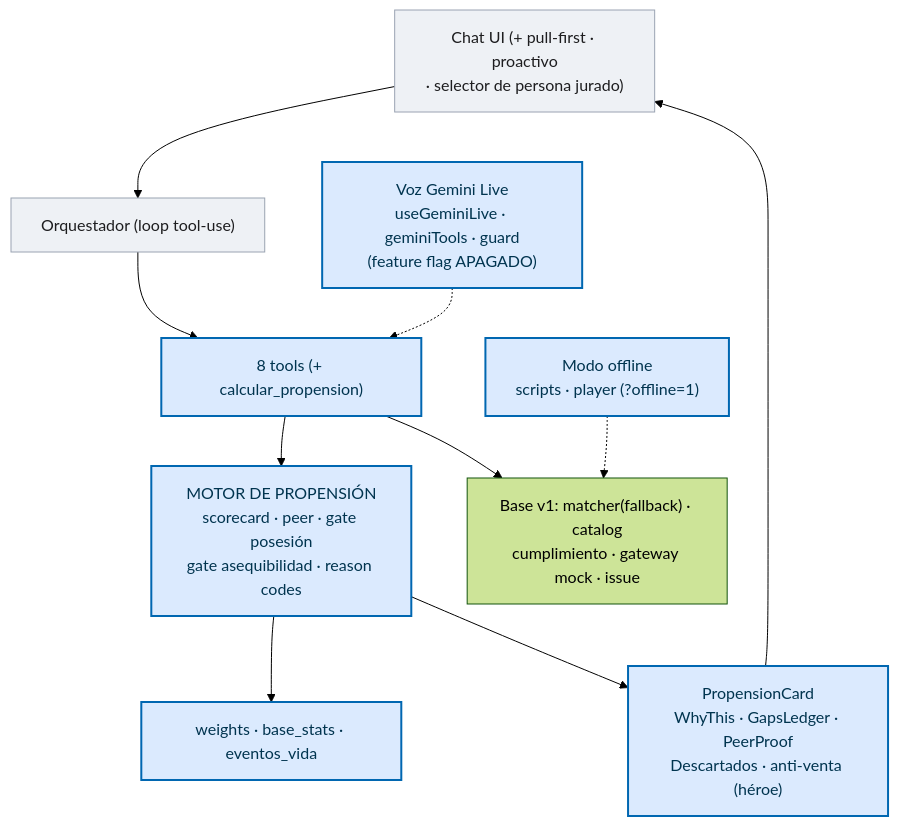
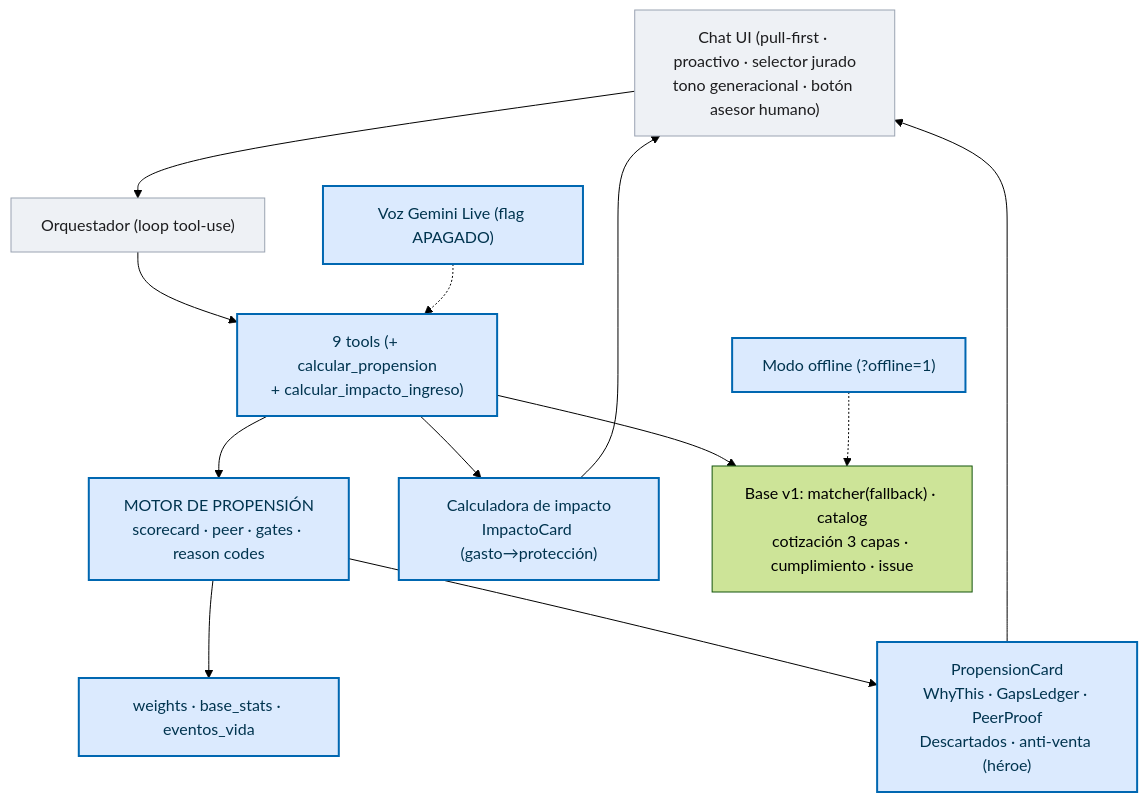
One commit to whoanperez/Amparito changed the fourth of 4 diagrams in docs/reto/13-arquitectura-c4.md. Above: the diagram before and after it, drawn with Mermaid (forest theme). The commit also changed other lines of this file and 3 other files, not shown here.

````diff
--- a/docs/reto/13-arquitectura-c4.md
+++ b/docs/reto/13-arquitectura-c4.md
@@ -110,24 +110,26 @@
 ```mermaid
 flowchart TB
-  chatui["Chat UI (+ pull-first · proactivo<br/>· selector de persona jurado)"]
+  chatui["Chat UI (pull-first · proactivo · selector jurado<br/>tono generacional · botón asesor humano)"]
   orq["Orquestador (loop tool-use)"]
-  toolsN["8 tools (+ calcular_propension)"]
-  motor["MOTOR DE PROPENSIÓN<br/>scorecard · peer · gate posesión<br/>gate asequibilidad · reason codes"]
+  toolsN["9 tools (+ calcular_propension<br/>+ calcular_impacto_ingreso)"]
+  motor["MOTOR DE PROPENSIÓN<br/>scorecard · peer · gates · reason codes"]
   prop["weights · base_stats · eventos_vida"]
   card["PropensionCard<br/>WhyThis · GapsLedger · PeerProof<br/>Descartados · anti-venta (héroe)"]
-  voz["Voz Gemini Live<br/>useGeminiLive · geminiTools · guard<br/>(feature flag APAGADO)"]
-  off["Modo offline<br/>scripts · player (?offline=1)"]
-  base["Base v1: matcher(fallback) · catalog<br/>cumplimiento · gateway mock · issue"]
+  impacto["Calculadora de impacto<br/>ImpactoCard (gasto→protección)"]
+  voz["Voz Gemini Live (flag APAGADO)"]
+  off["Modo offline (?offline=1)"]
+  base["Base v1: matcher(fallback) · catalog<br/>cotización 3 capas · cumplimiento · issue"]
 
   chatui --> orq --> toolsN
   toolsN --> motor --> prop
+  toolsN --> impacto --> chatui
   toolsN --> base
   motor --> card --> chatui
   voz -.-> toolsN
   off -.-> base
 
   classDef base fill:#eef1f5,stroke:#9aa3b2,color:#1d1d1f;
   classDef nuevo fill:#dbeafe,stroke:#0067b1,color:#00344f,stroke-width:2px;
   class chatui,orq base;
-  class toolsN,motor,prop,card,voz,off nuevo;
+  class toolsN,motor,prop,card,impacto,voz,off nuevo;
 ```
````
